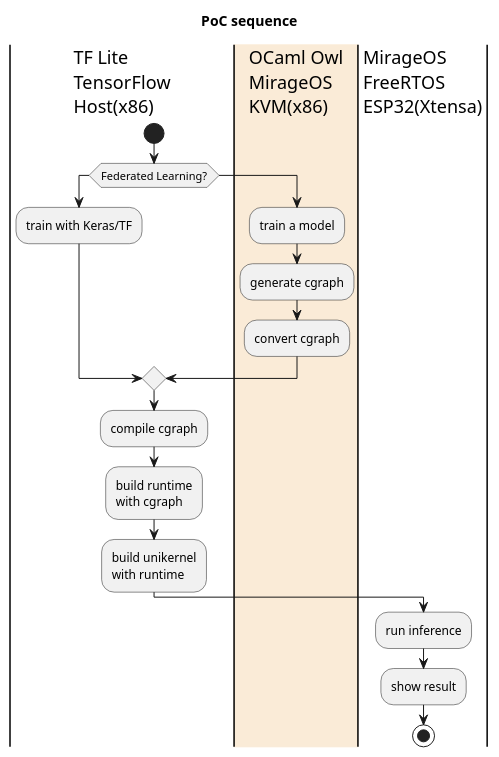
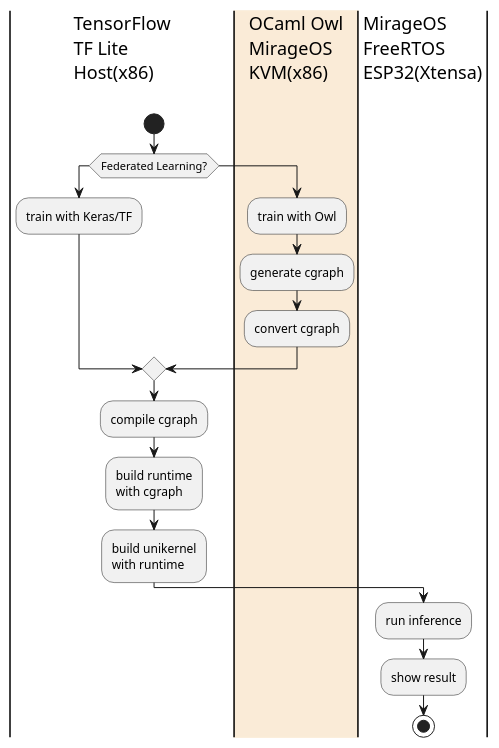
The diagram in demo-ac.puml (doyu/elc2019), drawn with PlantUML before and after one commit. The commit also changed 1 other file, not shown here.

Commit message:
polish demo activity diagram

```diff
--- a/demo-ac.puml
+++ b/demo-ac.puml
@@ -1,22 +1,22 @@
 @startuml
-title PoC sequence
-|TF Lite\nTensorFlow\nHost(x86)|
+'title PoC sequence
+|TensorFlow\nTF Lite\nHost(x86)\n|
 start
 if (Federated Learning?) then
-|TF Lite\nTensorFlow\nHost(x86)|
+|TensorFlow\nTF Lite\nHost(x86)\n|
 :train with Keras/TF;
 else
-|#AntiqueWhite|OCaml Owl\nMirageOS\nKVM(x86)|
-:train a model;
+|#AntiqueWhite|OCaml Owl\nMirageOS\nKVM(x86)\n|
+:train with Owl;
 :generate cgraph;
 :convert cgraph;
 endif
-|TF Lite\nTensorFlow\nHost(x86)|
+|TensorFlow\nTF Lite\nHost(x86)\n|
 :compile cgraph;
 :build runtime\nwith cgraph;
 :build unikernel\nwith runtime;
-|MirageOS\nFreeRTOS\nESP32(Xtensa)|
+|MirageOS\nFreeRTOS\nESP32(Xtensa)\n|
 :run inference;
 :show result;
 stop
 @enduml
```
